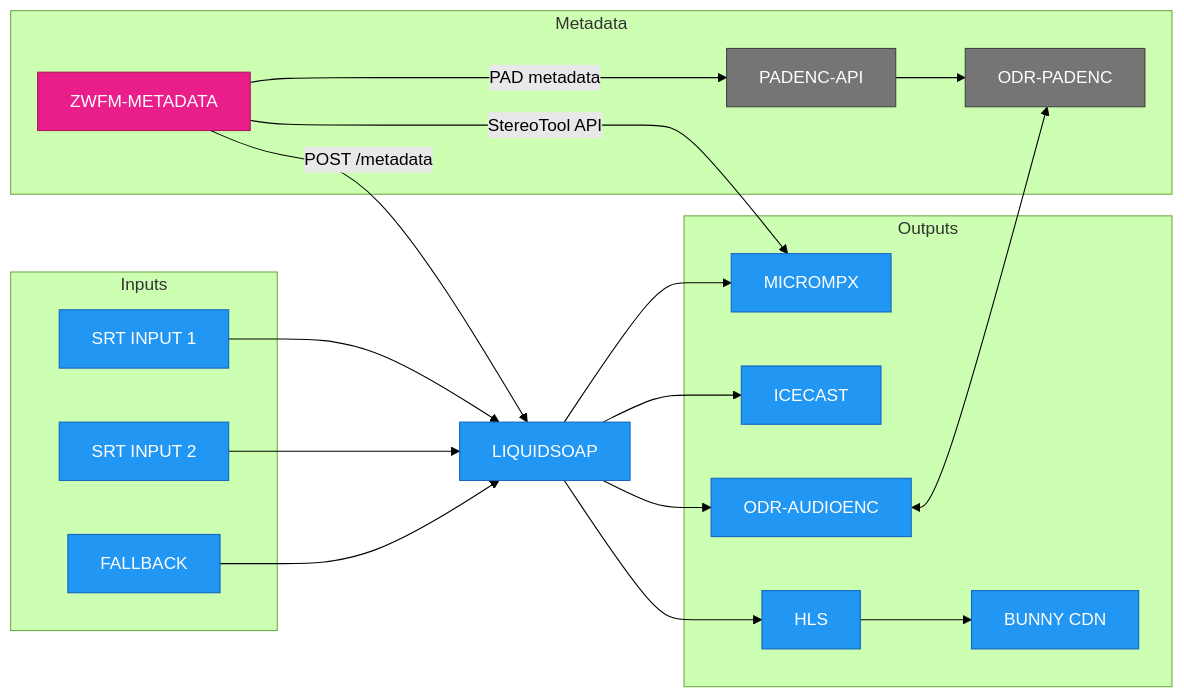
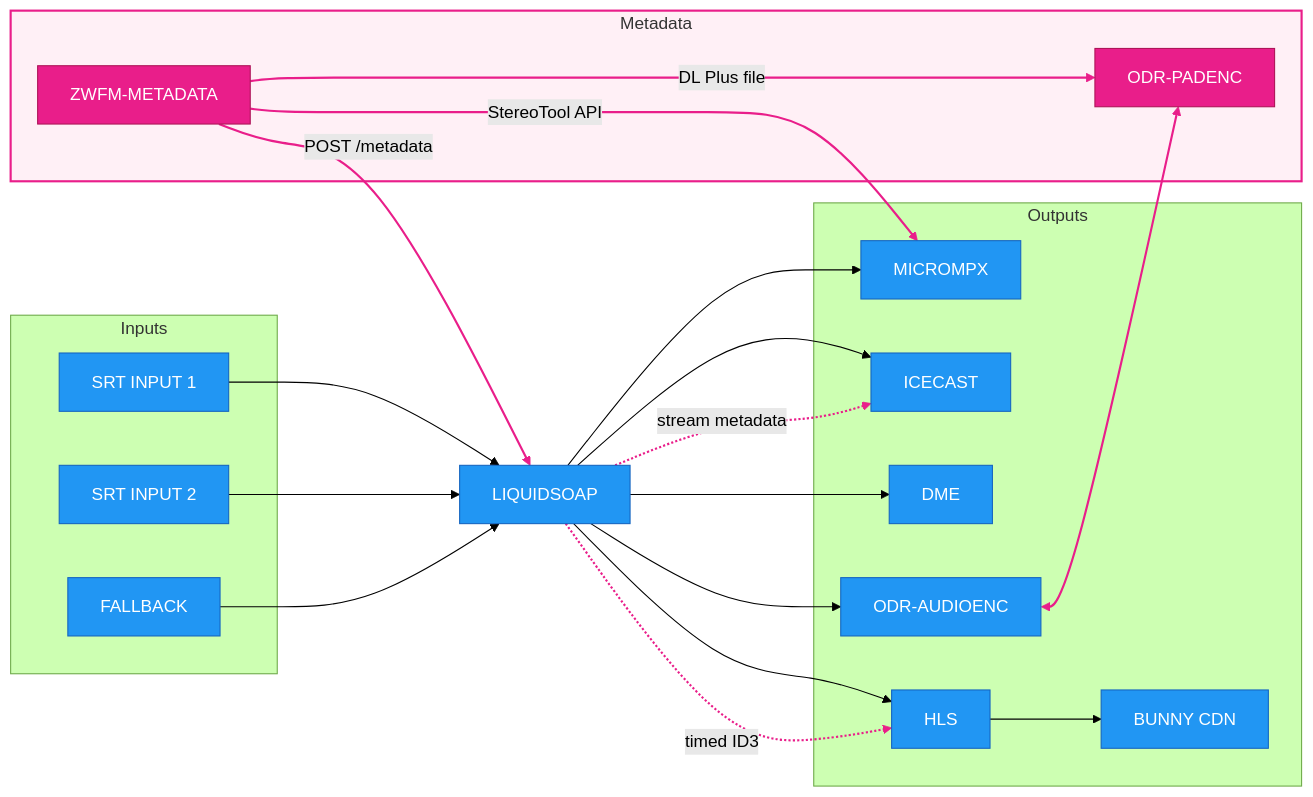
Before and after one commit to oszuidwest/zwfm-liquidsoap: the diagram in README.md, drawn with Mermaid (forest theme). The commit also changed other lines of this file, not shown here.

Commit message:
docs: describe the HLS starting deadline (#143)

````diff
--- a/README.md
+++ b/README.md
@@ -17,48 +13,50 @@
 ```mermaid
 flowchart LR
     subgraph inputs [" Inputs "]
         SRT1["SRT INPUT 1"]
         SRT2["SRT INPUT 2"]
         FALLBACK["FALLBACK"]
     end
 
     LIQUIDSOAP["LIQUIDSOAP"]
 
     subgraph outputs [" Outputs "]
         MICROMPX["MICROMPX"]
         ICECAST["ICECAST"]
+        DME["DME"]
         HLS["HLS"]
         BUNNY["BUNNY CDN"]
         ODR["ODR-AUDIOENC"]
     end
 
     subgraph metadata [" Metadata "]
         PADENC["ODR-PADENC"]
-        PADAPI["PADENC-API"]
         ZWFM["ZWFM-METADATA"]
     end
 
     SRT1 --> LIQUIDSOAP
     SRT2 --> LIQUIDSOAP
     FALLBACK --> LIQUIDSOAP
 
     LIQUIDSOAP --> MICROMPX
     LIQUIDSOAP --> ICECAST
+    LIQUIDSOAP --> DME
     LIQUIDSOAP --> HLS
     HLS --> BUNNY
     LIQUIDSOAP --> ODR
 
     ODR <--> PADENC
-    PADAPI --> PADENC
     ZWFM -->|POST /metadata| LIQUIDSOAP
-    ZWFM -->|PAD metadata| PADAPI
+    ZWFM -->|DL Plus file| PADENC
     ZWFM -->|StereoTool API| MICROMPX
+    LIQUIDSOAP -. stream metadata .-> ICECAST
+    LIQUIDSOAP -. timed ID3 .-> HLS
 
     classDef blue fill:#2196F3,stroke:#1565C0,color:#fff
-    classDef gray fill:#757575,stroke:#424242,color:#fff
-    classDef pink fill:#E91E8A,stroke:#AD1457,color:#fff
+    classDef metadataFlow fill:#E91E8A,stroke:#AD1457,color:#fff
 
-    class SRT1,SRT2,FALLBACK,LIQUIDSOAP,MICROMPX,ICECAST,HLS,BUNNY,ODR blue
-    class PADENC,PADAPI gray
-    class ZWFM pink
+    class SRT1,SRT2,FALLBACK,LIQUIDSOAP,MICROMPX,ICECAST,DME,HLS,BUNNY,ODR blue
+    class PADENC,ZWFM metadataFlow
+    style metadata fill:#FFF0F6,stroke:#E91E8A,stroke-width:2px
+    linkStyle 9,10,11,12,13,14 stroke:#E91E8A,stroke-width:2px
 ```
````
